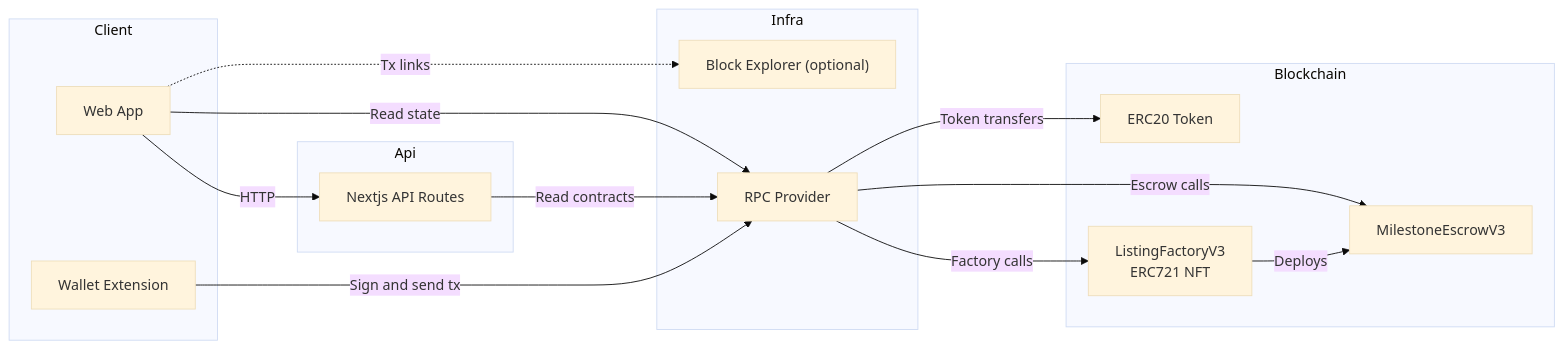
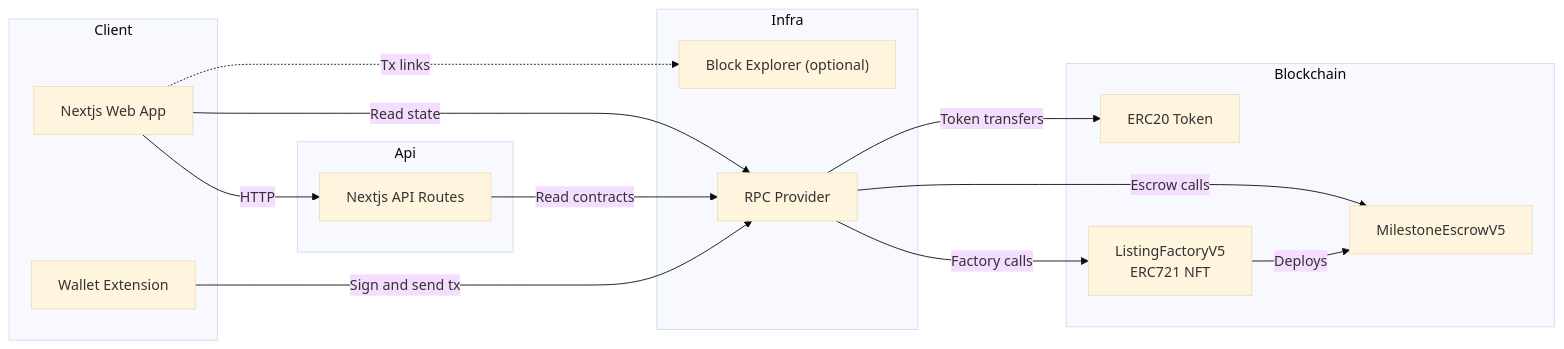
Before and after one commit to usagi917/B2B_payment: the second of 2 diagrams in README.md, drawn with Mermaid (base theme). The commit also changed other lines of this file and 1 other file, not shown here.

````diff
--- a/README.md
+++ b/README.md
@@ -92,28 +95,28 @@
 ```mermaid
 graph LR
   subgraph Client
-    UI[Web App]
+    UI[Nextjs Web App]
     Wallet[Wallet Extension]
   end
   subgraph Api
     API[Nextjs API Routes]
   end
   subgraph Infra
     RPC[RPC Provider]
     Explorer["Block Explorer (optional)"]
   end
   subgraph Blockchain
-    Factory[ListingFactoryV3<br/>ERC721 NFT]
-    Escrow[MilestoneEscrowV3]
+    Factory[ListingFactoryV5<br/>ERC721 NFT]
+    Escrow[MilestoneEscrowV5]
     Token[ERC20 Token]
   end
   UI -->|HTTP| API
   UI -->|Read state| RPC
   Wallet -->|Sign and send tx| RPC
   API -->|Read contracts| RPC
   RPC -->|Factory calls| Factory
   RPC -->|Escrow calls| Escrow
   RPC -->|Token transfers| Token
   Factory -->|Deploys| Escrow
   UI -.->|Tx links| Explorer
 ```
````
